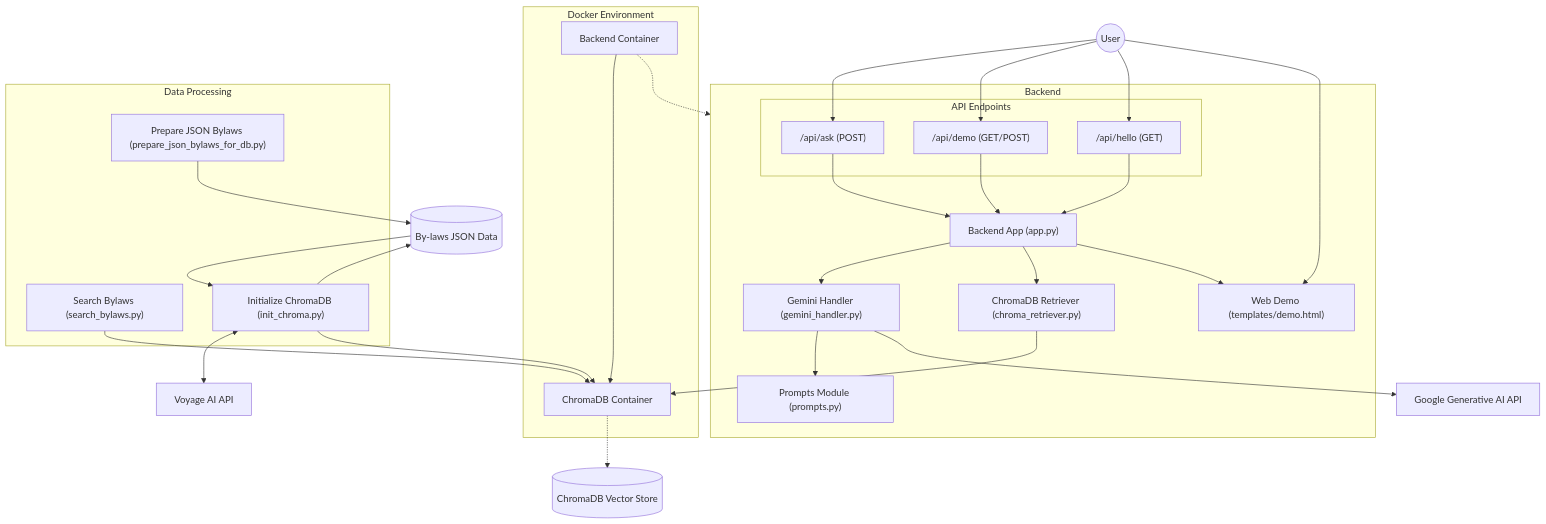
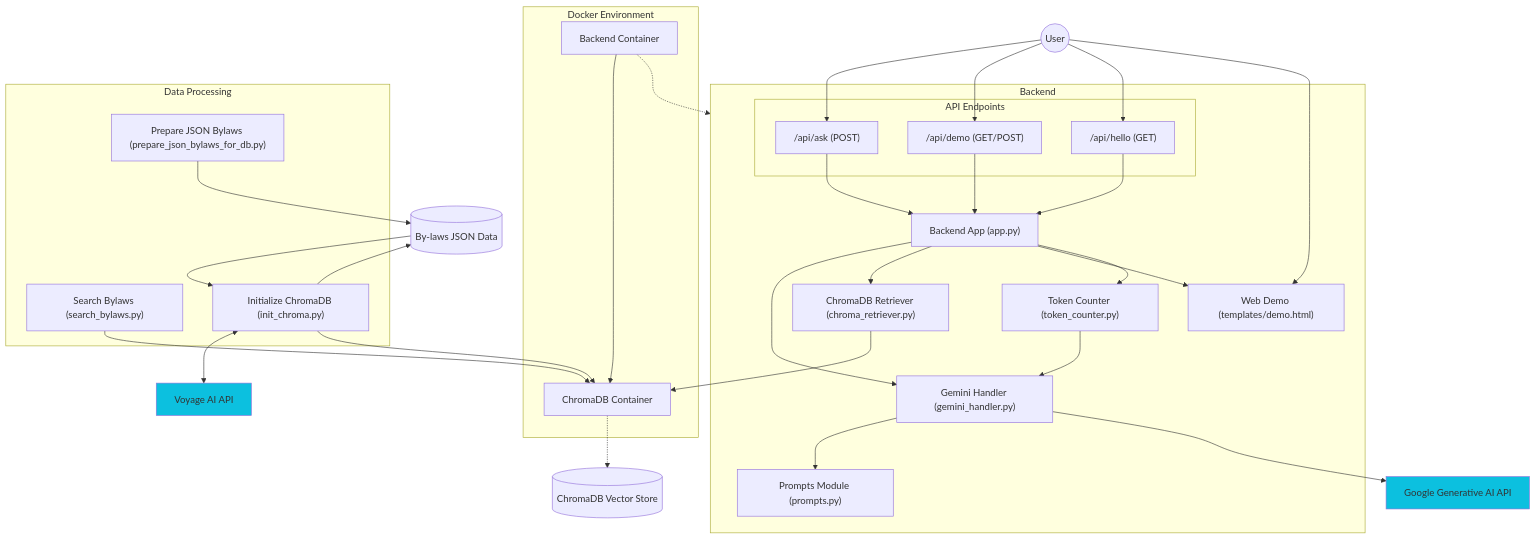
Before and after one commit to Cadence-GitHub/Stouffville-By-laws-AI: the diagram in README.md, drawn with Mermaid. The commit also changed other lines of this file and 3 other files, not shown here.

````diff
--- a/README.md
+++ b/README.md
@@ -153,71 +162,76 @@
 ```mermaid
 graph TB
     %% External services
     GoogleAPI["Google Generative AI API"]
     VoyageAPI["Voyage AI API"]
 
     %% Docker containers
     subgraph Docker["Docker Environment"]
         Backend["Backend Container"]
         ChromaDB["ChromaDB Container"]
     end
 
     %% Components in Backend
     subgraph BackendComponents["Backend"]
         FlaskApp["Backend App (app.py)"]
         ChromaRetriever["ChromaDB Retriever (chroma_retriever.py)"]
         GeminiHandler["Gemini Handler (gemini_handler.py)"]
         PromptsModule["Prompts Module (prompts.py)"]
+        TokenCounter["Token Counter (token_counter.py)"]
         Demo["Web Demo (templates/demo.html)"]
 
         %% Subgraph for API Calls
         subgraph APICalls["API Endpoints"]
             API1["/api/ask (POST)"]
             API2["/api/demo (GET/POST)"]
             API3["/api/hello (GET)"]
         end
     end
 
     %% Data Processing Components
     subgraph DataProcessing["Data Processing"]
         PrepareByLaws["Prepare JSON Bylaws (prepare_json_bylaws_for_db.py)"]
         SearchBylaws["Search Bylaws (search_bylaws.py)"]
         InitChroma["Initialize ChromaDB (init_chroma.py)"]
     end
 
     %% Data Storage
     ByLawsData[("By-laws JSON Data")]
     ChromaDBData[("ChromaDB Vector Store")]
 
 
     %% Connections between components
     PrepareByLaws --> ByLawsData
     SearchBylaws --> ChromaDB
     FlaskApp --> GeminiHandler
     FlaskApp --> ChromaRetriever
     FlaskApp --> Demo
+    FlaskApp --> TokenCounter
     ChromaRetriever --> ChromaDB
     GeminiHandler --> PromptsModule
     GeminiHandler --> GoogleAPI
+    TokenCounter --> GeminiHandler
     InitChroma <--> VoyageAPI
     InitChroma --> ByLawsData
     InitChroma --> ChromaDB
     API1 --> FlaskApp
     API2 --> FlaskApp
     API3 --> FlaskApp
     
     
     %% Container connections
     Backend --> ChromaDB
     Backend -.-> BackendComponents
     ChromaDB -.-> ChromaDBData
 
     %% Data flow for initialization
     ByLawsData --> InitChroma
     
     %% User interactions
     User(("User")) --> API1
     User --> API2
     User --> API3
     User --> Demo
+    style GoogleAPI fill:#0CC0DF
+    style VoyageAPI fill:#0CC0DF
 ```
````
